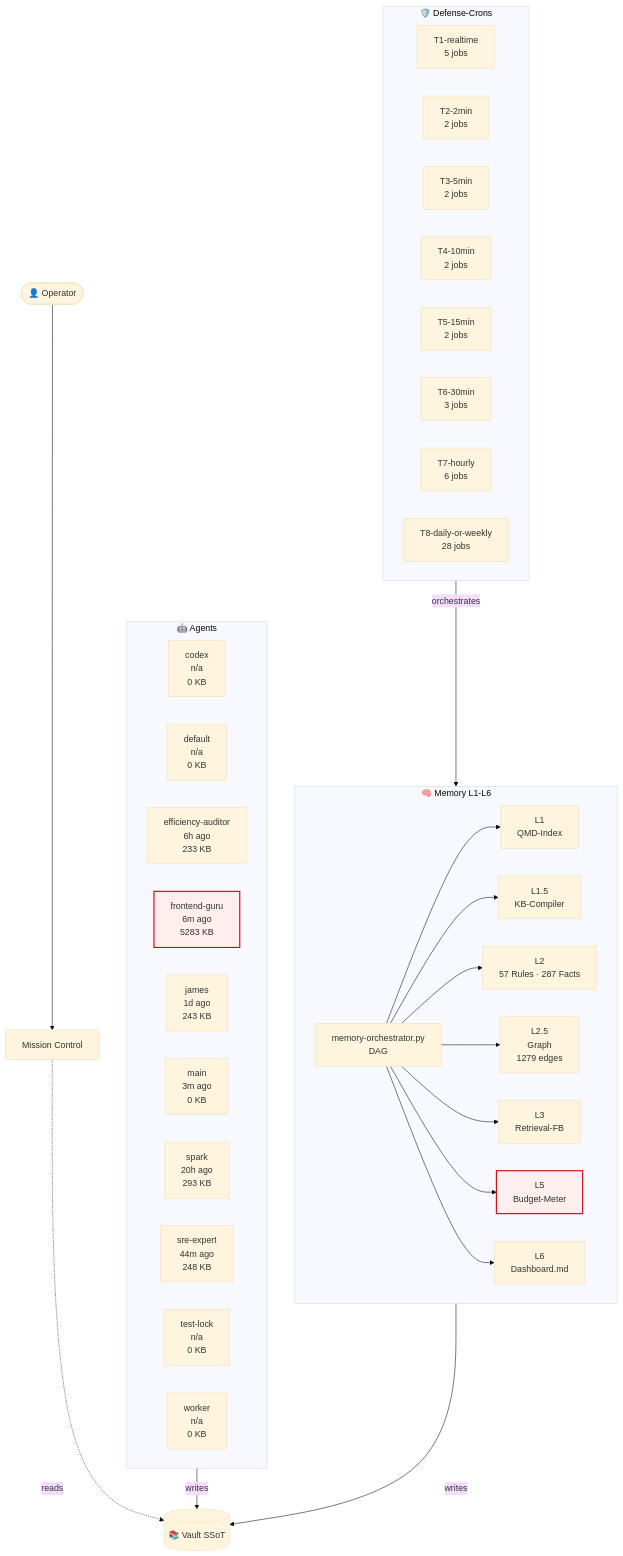
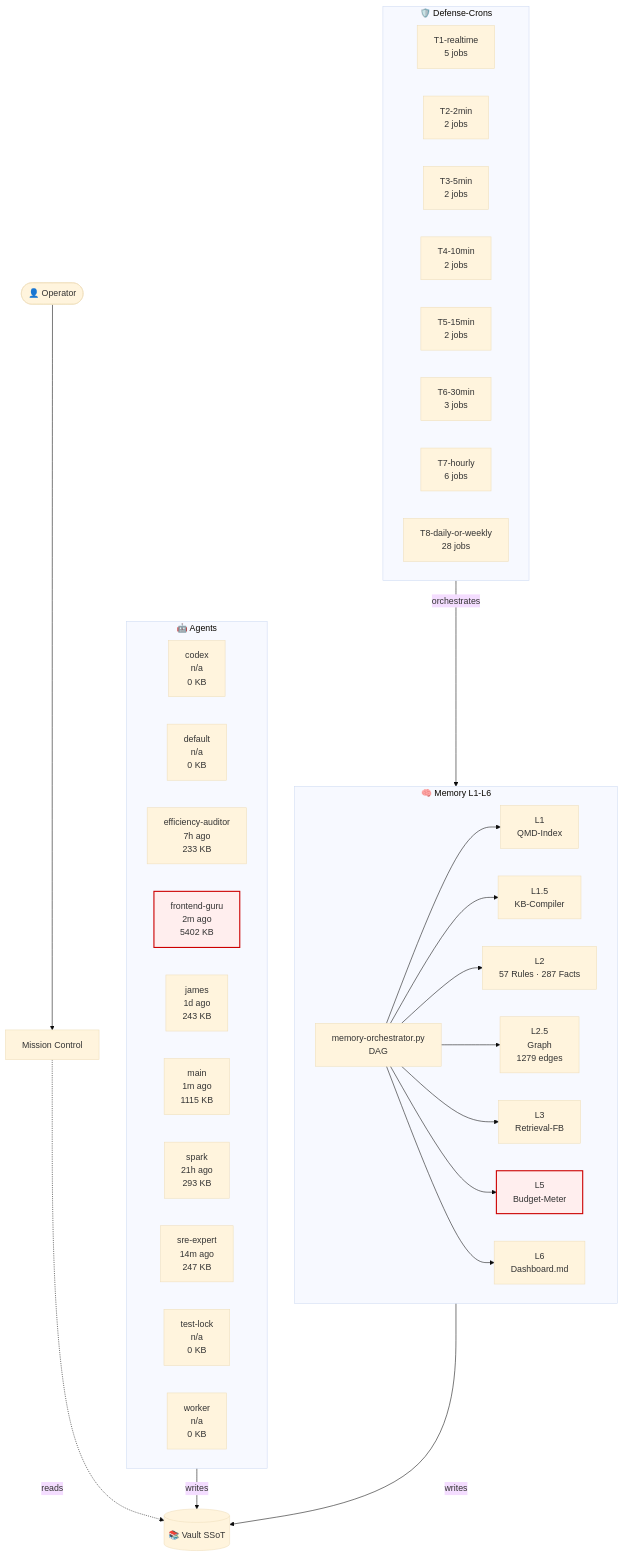
Before and after one commit to lenardhuebner88-rgb/openclaw-memory: the diagram in 03-Agents/architecture-live.md, drawn with Mermaid (base theme). The commit also changed other lines of this file and 18 other files, not shown here.

````diff
--- a/03-Agents/architecture-live.md
+++ b/03-Agents/architecture-live.md
@@ -18,53 +18,53 @@
 ```mermaid
 flowchart TB
     classDef critical fill:#fee,stroke:#c00,stroke-width:2px;
     subgraph AGT["🤖 Agents"]
         agent_codex["codex<br/>n/a<br/>0 KB"]
         agent_default["default<br/>n/a<br/>0 KB"]
-        agent_efficiency_auditor["efficiency-auditor<br/>6h ago<br/>233 KB"]
-        agent_frontend_guru["frontend-guru<br/>6m ago<br/>5283 KB"]
+        agent_efficiency_auditor["efficiency-auditor<br/>7h ago<br/>233 KB"]
+        agent_frontend_guru["frontend-guru<br/>2m ago<br/>5402 KB"]
         agent_james["james<br/>1d ago<br/>243 KB"]
-        agent_main["main<br/>3m ago<br/>0 KB"]
-        agent_spark["spark<br/>20h ago<br/>293 KB"]
-        agent_sre_expert["sre-expert<br/>44m ago<br/>248 KB"]
+        agent_main["main<br/>1m ago<br/>1115 KB"]
+        agent_spark["spark<br/>21h ago<br/>293 KB"]
+        agent_sre_expert["sre-expert<br/>14m ago<br/>247 KB"]
         agent_test_lock["test-lock<br/>n/a<br/>0 KB"]
         agent_worker["worker<br/>n/a<br/>0 KB"]
     end
     subgraph MEM["🧠 Memory L1-L6"]
         L1["L1<br/>QMD-Index"]
         L15["L1.5<br/>KB-Compiler"]
         L2["L2<br/>57 Rules · 287 Facts"]
         L25["L2.5<br/>Graph<br/>1279 edges"]
         L3["L3<br/>Retrieval-FB"]
         L5["L5<br/>Budget-Meter"]
         L6["L6<br/>Dashboard.md"]
         ORCH["memory-orchestrator.py<br/>DAG"]
     end
     subgraph CRN["🛡️ Defense-Crons"]
         tier_T1_realtime["T1-realtime<br/>5 jobs"]
         tier_T2_2min["T2-2min<br/>2 jobs"]
         tier_T3_5min["T3-5min<br/>2 jobs"]
         tier_T4_10min["T4-10min<br/>2 jobs"]
         tier_T5_15min["T5-15min<br/>2 jobs"]
         tier_T6_30min["T6-30min<br/>3 jobs"]
         tier_T7_hourly["T7-hourly<br/>6 jobs"]
         tier_T8_daily_or_weekly["T8-daily-or-weekly<br/>28 jobs"]
     end
     VAULT[("📚 Vault SSoT")]
     OP([👤 Operator])
     MC["Mission Control"]
     OP --> MC
     MC -.reads.-> VAULT
     AGT -->|writes| VAULT
     MEM -->|writes| VAULT
     ORCH --> L1
     ORCH --> L15
     ORCH --> L2
     ORCH --> L25
     ORCH --> L3
     ORCH --> L5
     ORCH --> L6
     CRN -->|orchestrates| MEM
     class L5 critical
     class agent_frontend_guru critical
 ```
````
